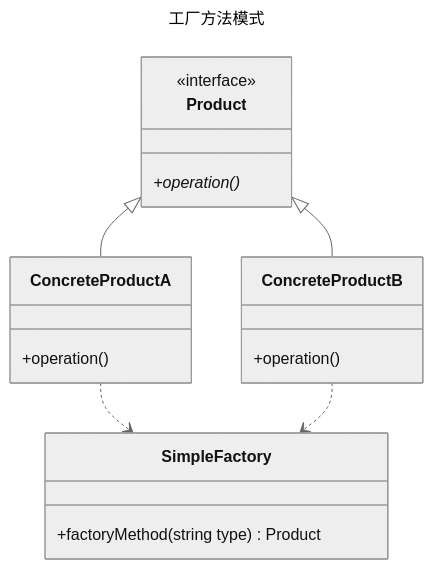
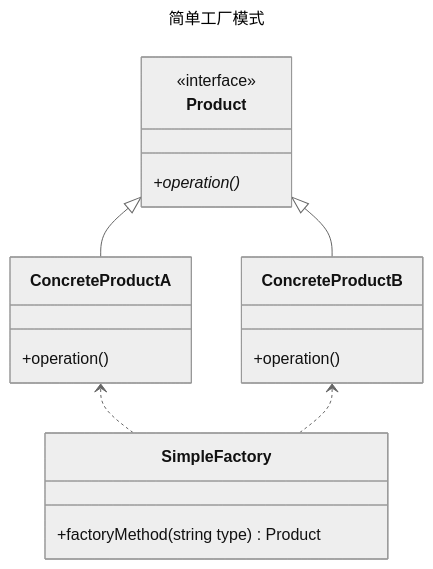
The diagram in simple-factory/README.md (fengyun89/typescript-design-patterns), drawn with Mermaid (neutral theme) before and after one commit. The commit also changed 2 other files, not shown here.

Commit message:
抽象工厂类图style

````diff
--- a/simple-factory/README.md
+++ b/simple-factory/README.md
@@ -1,23 +1,23 @@
 ```mermaid
 ---
-title: 工厂方法模式
+title: 简单工厂模式
 ---
 classDiagram
     class Product {
         <<interface>>
         +operation()*
     }
     class ConcreteProductA {
         +operation()
     }
     class ConcreteProductB {
         +operation()
     }
     class SimpleFactory {
         +factoryMethod(string type) Product
     }
     Product <|-- ConcreteProductA 
     Product <|-- ConcreteProductB 
-    ConcreteProductA ..> SimpleFactory 
-    ConcreteProductB ..> SimpleFactory 
+    ConcreteProductA <.. SimpleFactory 
+    ConcreteProductB <.. SimpleFactory 
 ```
````
